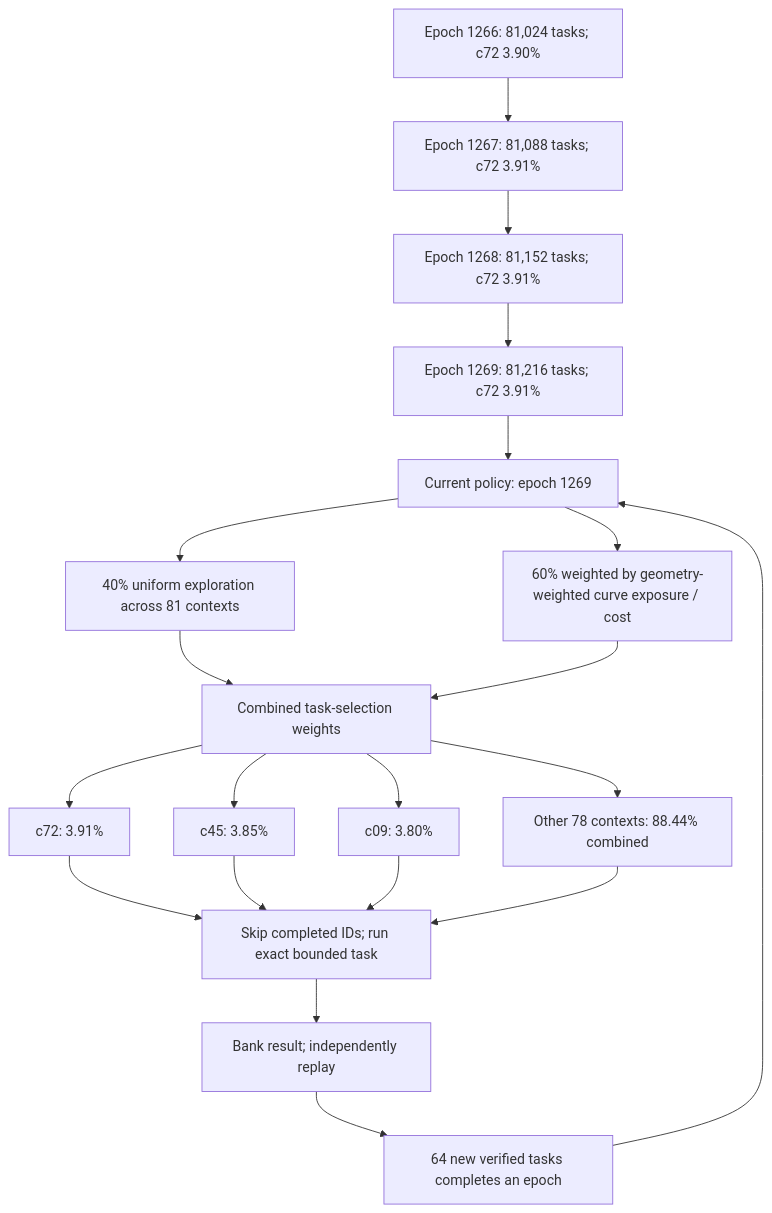
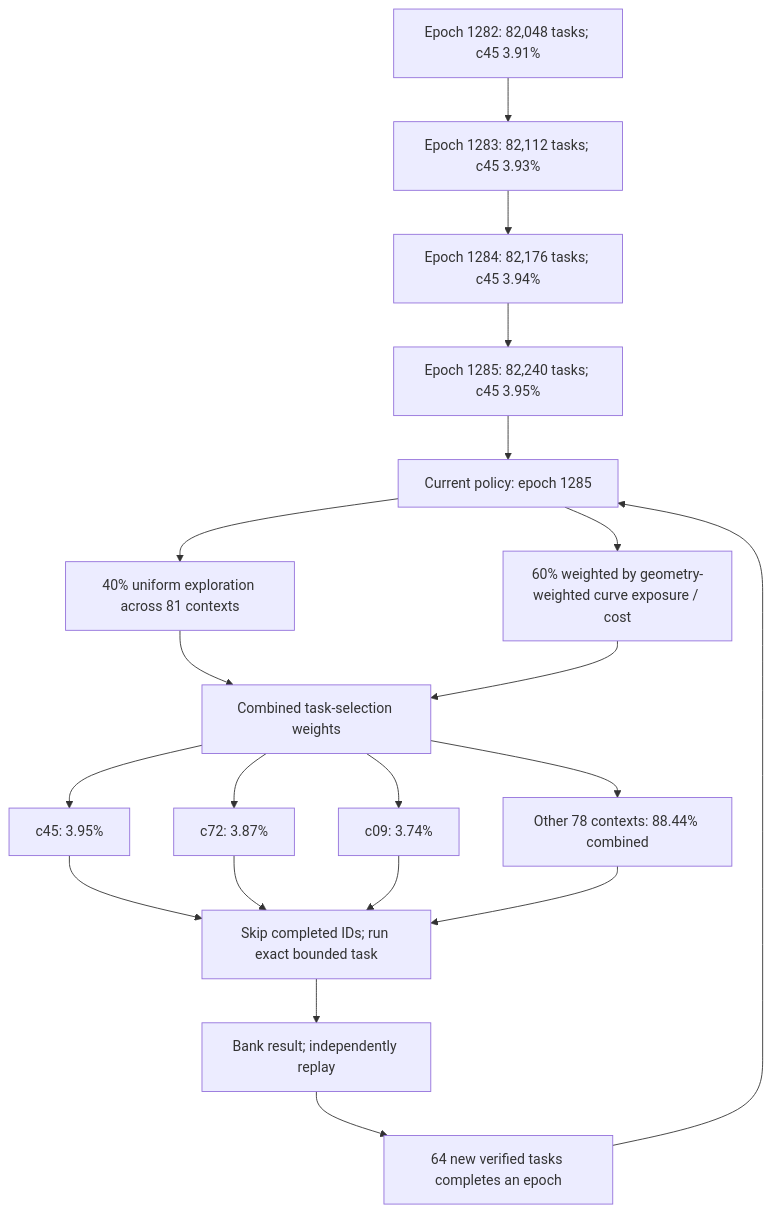
The first of 3 diagrams in README.md (Kuberwastaken/math-gambling), drawn with Mermaid before and after one commit. The commit also changed other lines of this file and 2147 other files, not shown here.

````diff
--- a/README.md
+++ b/README.md
@@ -55,27 +55,27 @@
 ```mermaid
 flowchart TD
-    H0["Epoch 1266: 81,024 tasks; c72 3.90%"]
-    H1["Epoch 1267: 81,088 tasks; c72 3.91%"]
+    H0["Epoch 1282: 82,048 tasks; c45 3.91%"]
+    H1["Epoch 1283: 82,112 tasks; c45 3.93%"]
     H0 --> H1
-    H2["Epoch 1268: 81,152 tasks; c72 3.91%"]
+    H2["Epoch 1284: 82,176 tasks; c45 3.94%"]
     H1 --> H2
-    H3["Epoch 1269: 81,216 tasks; c72 3.91%"]
+    H3["Epoch 1285: 82,240 tasks; c45 3.95%"]
     H2 --> H3
-    Policy["Current policy: epoch 1269"]
+    Policy["Current policy: epoch 1285"]
     H3 --> Policy
     Policy --> Explore["40% uniform exploration across 81 contexts"]
     Policy --> Cost["60% weighted by geometry-weighted curve exposure / cost"]
     Explore --> Mix["Combined task-selection weights"]
     Cost --> Mix
-    Mix --> C0["c72: 3.91%"]
-    Mix --> C1["c45: 3.85%"]
-    Mix --> C2["c09: 3.80%"]
+    Mix --> C0["c45: 3.95%"]
+    Mix --> C1["c72: 3.87%"]
+    Mix --> C2["c09: 3.74%"]
     Mix --> Rest["Other 78 contexts: 88.44% combined"]
     C0 --> Check["Skip completed IDs; run exact bounded task"]
     C1 --> Check
     C2 --> Check
     Rest --> Check
     Check --> Replay["Bank result; independently replay"]
     Replay --> Gate["64 new verified tasks completes an epoch"]
     Gate --> Policy
 ```
````
